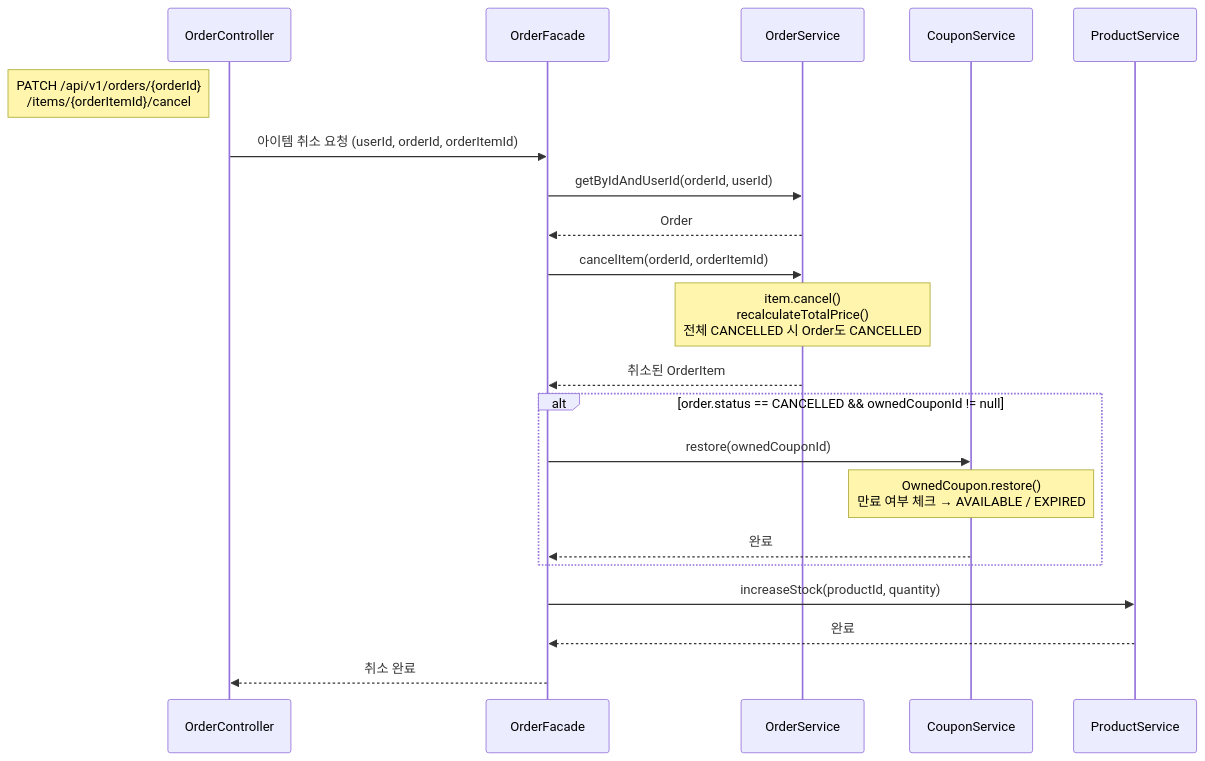
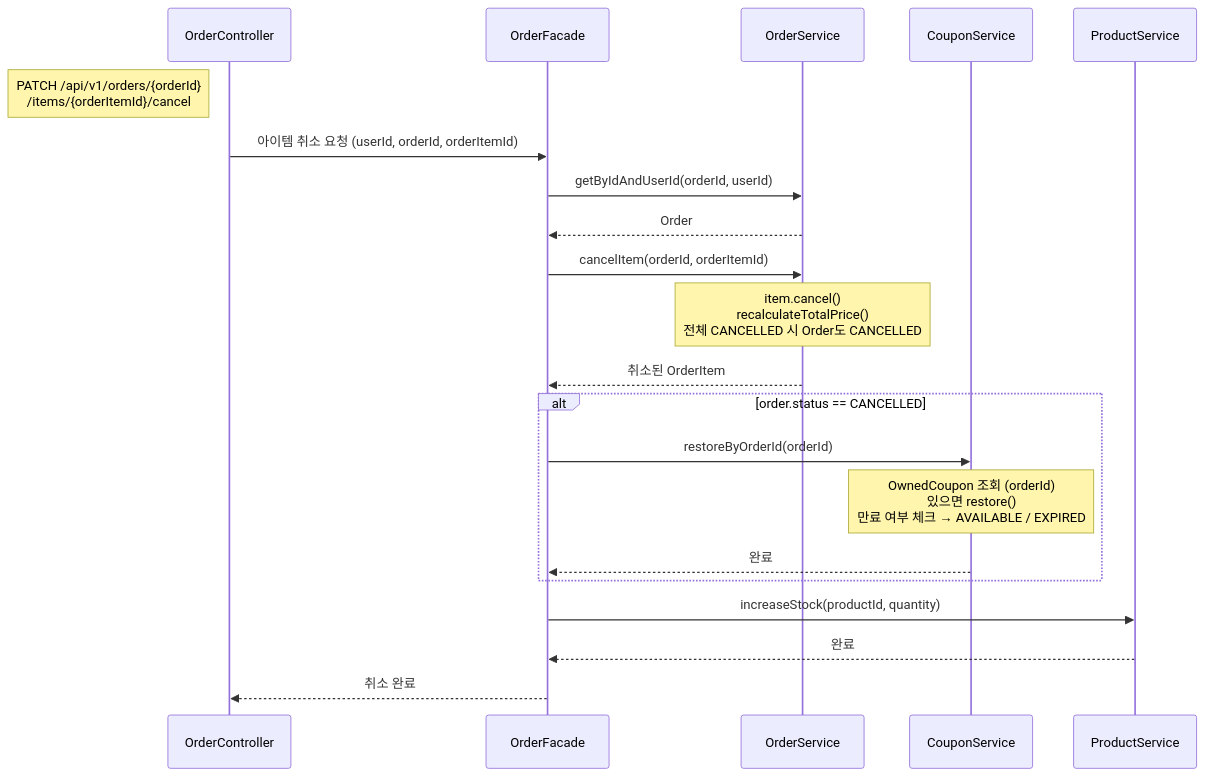
The third of 5 diagrams in docs/design/coupon/DESIGN.md (plan11plan/loop-pack-be-l2-vol3-java), drawn with Mermaid before and after one commit. The commit also changed other lines of this file and 4 other files, not shown here.

````diff
--- a/docs/design/coupon/DESIGN.md
+++ b/docs/design/coupon/DESIGN.md
@@ -311,28 +313,28 @@
 ```mermaid
 sequenceDiagram
     participant OC as OrderController
     participant OF as OrderFacade
     participant OS as OrderService
     participant CS as CouponService
     participant PS as ProductService
 
     Note left of OC: PATCH /api/v1/orders/{orderId}<br/>/items/{orderItemId}/cancel
     OC->>OF: 아이템 취소 요청 (userId, orderId, orderItemId)
     OF->>OS: getByIdAndUserId(orderId, userId)
     OS-->>OF: Order
 
     OF->>OS: cancelItem(orderId, orderItemId)
     Note over OS: item.cancel()<br/>recalculateTotalPrice()<br/>전체 CANCELLED 시 Order도 CANCELLED
     OS-->>OF: 취소된 OrderItem
 
-    alt order.status == CANCELLED && ownedCouponId != null
-        OF->>CS: restore(ownedCouponId)
-        Note over CS: OwnedCoupon.restore()<br/>만료 여부 체크 → AVAILABLE / EXPIRED
+    alt order.status == CANCELLED
+        OF->>CS: restoreByOrderId(orderId)
+        Note over CS: OwnedCoupon 조회 (orderId)<br/>있으면 restore()<br/>만료 여부 체크 → AVAILABLE / EXPIRED
         CS-->>OF: 완료
     end
 
     OF->>PS: increaseStock(productId, quantity)
     PS-->>OF: 완료
 
     OF-->>OC: 취소 완료
 ```
````
